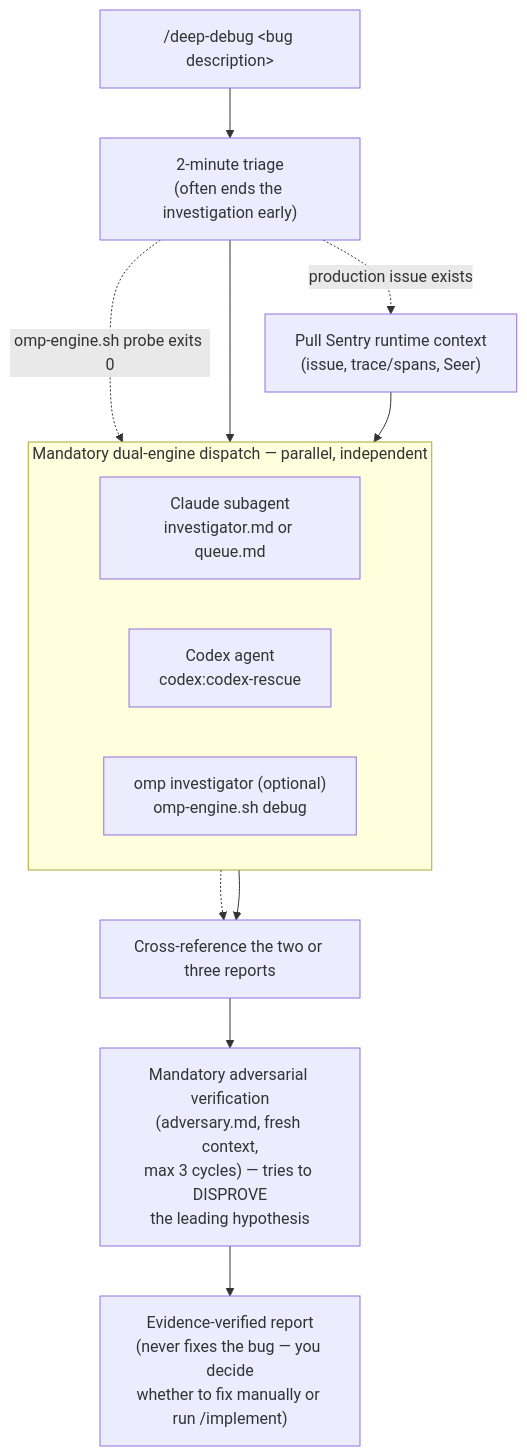
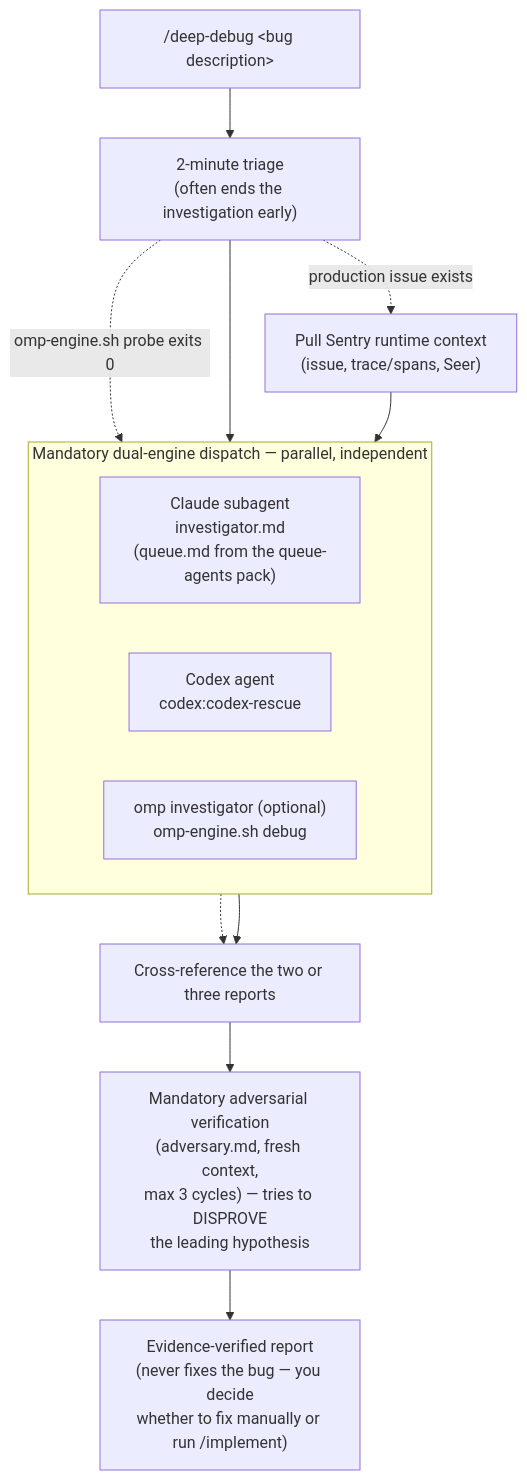
The diagram in agents/debug/README.md (nodera-studio/agent-os), drawn with Mermaid before and after one commit. The commit also changed other lines of this file and 9 other files, not shown here.

First line of the commit message:
Move the queue agents to an opt-in pack

````diff
--- a/agents/debug/README.md
+++ b/agents/debug/README.md
@@ -5,20 +5,20 @@
 ```mermaid
 flowchart TD
     B["/deep-debug &lt;bug description&gt;"] --> T["2-minute triage<br/>(often ends the investigation early)"]
     T -.->|"production issue exists"| SEN["Pull Sentry runtime context<br/>(issue, trace/spans, Seer)"]
     T --> ENGINES
     SEN --> ENGINES
 
     subgraph ENGINES["Mandatory dual-engine dispatch — parallel, independent"]
         direction LR
-        C["Claude subagent<br/>investigator.md or queue.md"]
+        C["Claude subagent<br/>investigator.md<br/>(queue.md from the queue-agents pack)"]
         X["Codex agent<br/>codex:codex-rescue"]
         O["omp investigator (optional)<br/>omp-engine.sh debug"]
     end
 
     T -.->|"omp-engine.sh probe exits 0"| O
     ENGINES --> M["Cross-reference the two or three reports"]
     O -.-> M
     M --> ADV["Mandatory adversarial verification<br/>(adversary.md, fresh context,<br/>max 3 cycles) — tries to DISPROVE<br/>the leading hypothesis"]
     ADV --> RC["Evidence-verified report<br/>(never fixes the bug — you decide<br/>whether to fix manually or run /implement)"]
 ```
````
